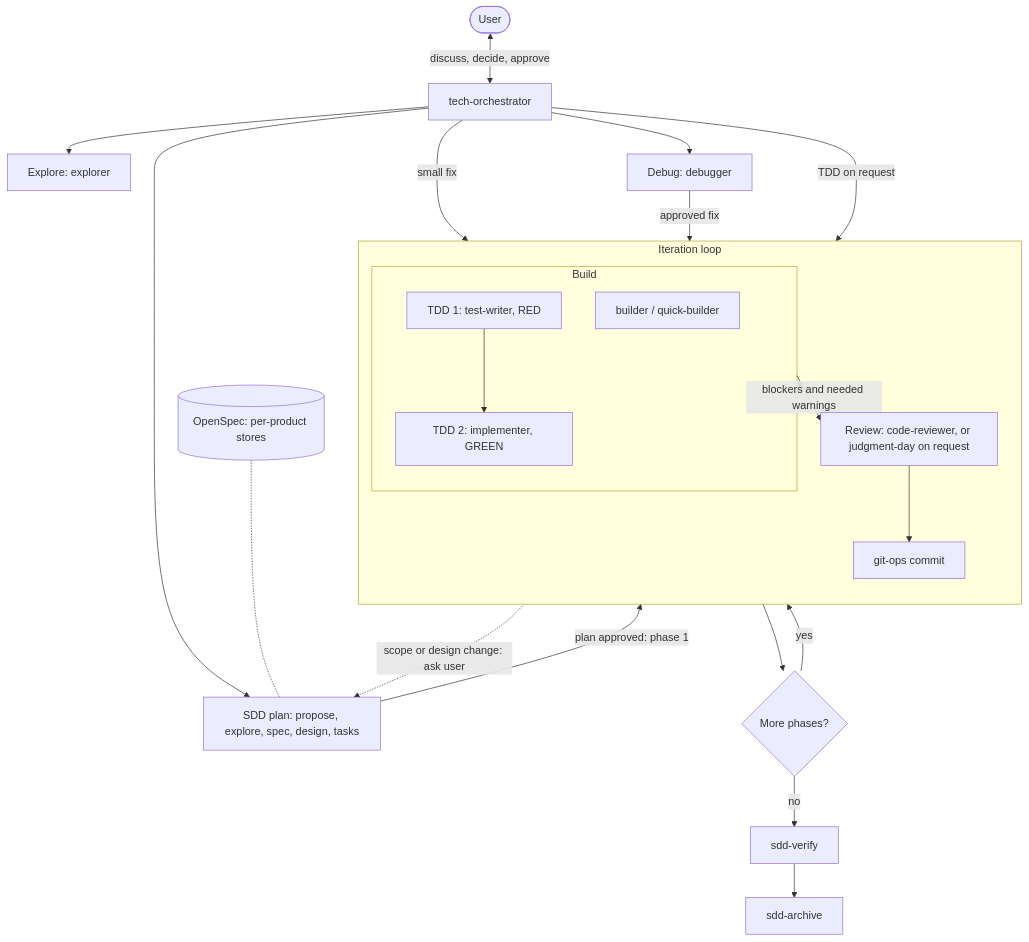
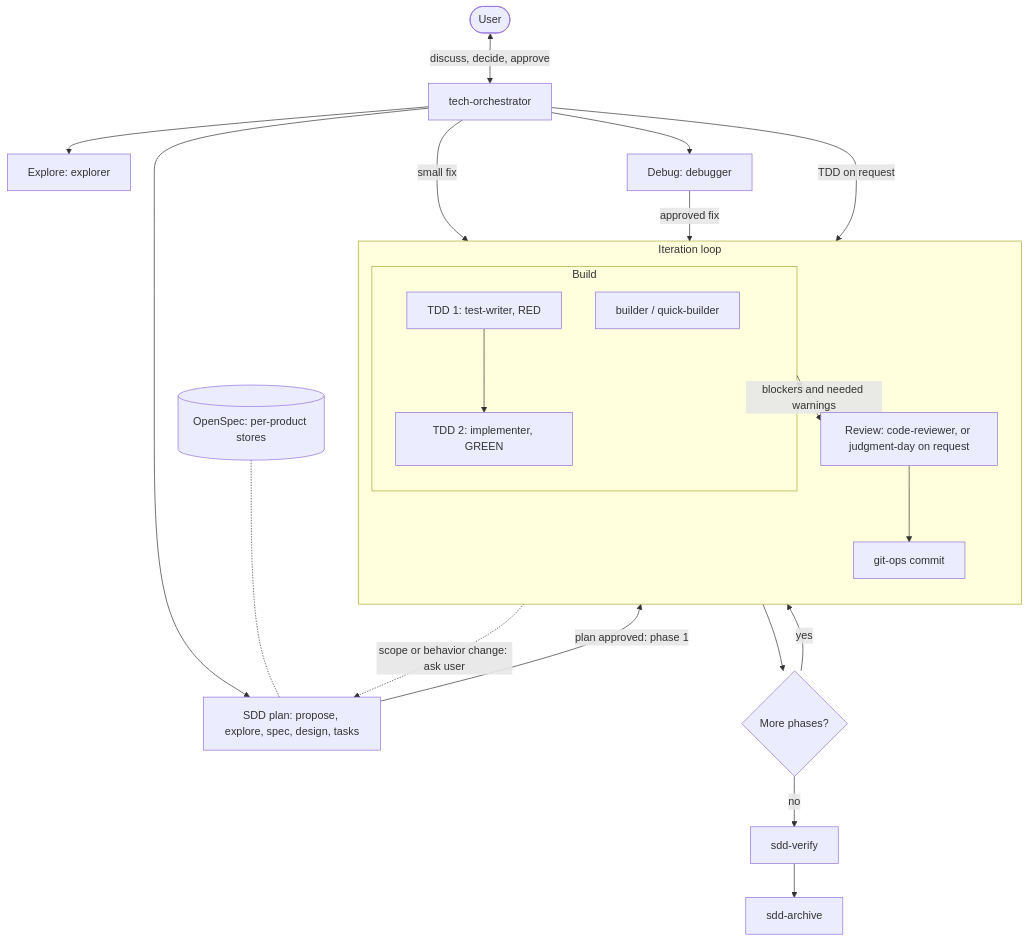
The diagram in README.md (Andr3xDev/nuytek-harness), drawn with Mermaid before and after one commit. The commit also changed other lines of this file and 7 other files, not shown here.

````diff
--- a/README.md
+++ b/README.md
@@ -44,29 +44,29 @@
 ```mermaid
 flowchart TD
     U([User]) <-->|discuss, decide, approve| O[tech-orchestrator]
     O --> EX["Explore: explorer"]
     O --> DB["Debug: debugger"]
     O --> SDD["SDD plan: propose, explore, spec, design, tasks"]
     SPEC[("OpenSpec: per-product stores")] -.- SDD
     O -->|small fix| BLD
     DB -->|approved fix| BLD
     SDD -->|plan approved: phase 1| RED
     O -->|TDD on request| RED
 
     subgraph LOOP[Iteration loop]
         direction TD
         subgraph BUILD[Build]
             BLD[builder / quick-builder]
             RED["TDD 1: test-writer, RED"] --> GREEN["TDD 2: implementer, GREEN"]
         end
         BUILD --> REV["Review: code-reviewer, or judgment-day on request"]
         REV -->|blockers and needed warnings| BUILD
         REV --> GIT[git-ops commit]
     end
 
-    REV -.->|scope or design change: ask user| SDD
+    REV -.->|scope or behavior change: ask user| SDD
     GIT --> NEXT{More phases?}
     NEXT -->|yes| BUILD
     NEXT -->|no| VER[sdd-verify]
     VER --> ARC[sdd-archive]
 ```
````
